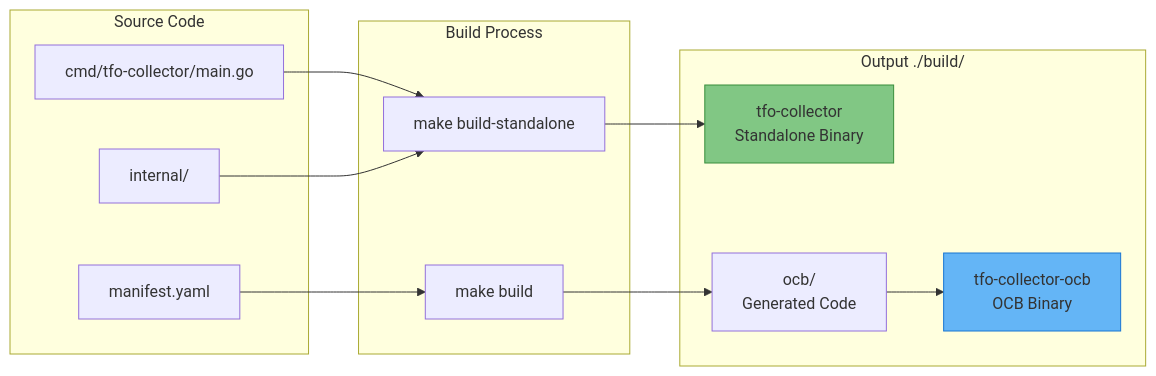
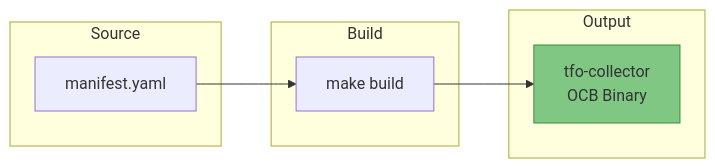
Before and after one commit to telemetryflow/telemetryflow-overview: the third of 3 diagrams in tfo-otel/TFO-OTEL-COLLECTOR.md, drawn with Mermaid. The commit also changed other lines of this file and 68 other files, not shown here.

````diff
--- a/tfo-otel/TFO-OTEL-COLLECTOR.md
+++ b/tfo-otel/TFO-OTEL-COLLECTOR.md
@@ -130,30 +162,19 @@
 ```mermaid
 graph LR
-    subgraph "Source Code"
-        CMD[cmd/tfo-collector/main.go]
-        INTERNAL[internal/]
+    subgraph "Source"
         MANIFEST[manifest.yaml]
     end
 
-    subgraph "Build Process"
-        STANDALONE[make build-standalone]
+    subgraph "Build"
         OCB[make build]
     end
 
-    subgraph "Output ./build/"
-        BIN1[tfo-collector<br/>Standalone Binary]
-        BIN2[tfo-collector-ocb<br/>OCB Binary]
-        OCB_DIR[ocb/<br/>Generated Code]
+    subgraph "Output"
+        BIN[tfo-collector<br/>OCB Binary]
     end
 
-    CMD --> STANDALONE
-    INTERNAL --> STANDALONE
-    STANDALONE --> BIN1
+    MANIFEST --> OCB
+    OCB --> BIN
 
-    MANIFEST --> OCB
-    OCB --> OCB_DIR
-    OCB_DIR --> BIN2
-
-    style BIN1 fill:#81C784,stroke:#388E3C
-    style BIN2 fill:#64B5F6,stroke:#1976D2
+    style BIN fill:#81C784,stroke:#388E3C
 ```
````
